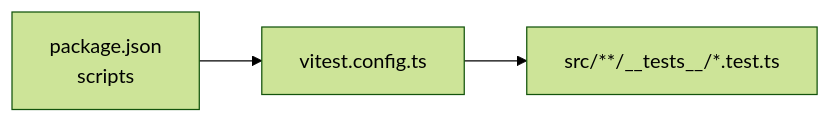
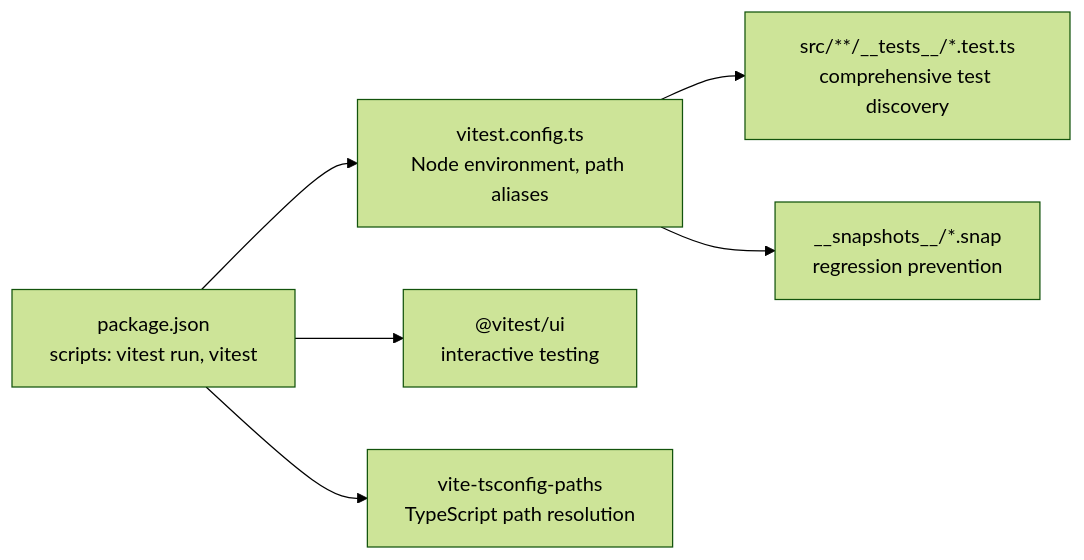
Before and after one commit to Meaetin/alibaba-hackathon: the fourth of 4 diagrams in .qoder/repowiki/en/content/Testing Strategy.md, drawn with Mermaid (forest theme). The commit also changed other lines of this file and 211 other files, not shown here.

````diff
--- a/.qoder/repowiki/en/content/Testing Strategy.md
+++ b/.qoder/repowiki/en/content/Testing Strategy.md
@@ -199,5 +253,8 @@
 ```mermaid
 graph LR
-P["package.json<br/>scripts"] --> V["vitest.config.ts"]
-V --> D["src/**/__tests__/*.test.ts"]
+P["package.json<br/>scripts: vitest run, vitest"] --> V["vitest.config.ts<br/>Node environment, path aliases"]
+V --> D["src/**/__tests__/*.test.ts<br/>comprehensive test discovery"]
+V --> S["__snapshots__/*.snap<br/>regression prevention"]
+P --> T["@vitest/ui<br/>interactive testing"]
+P --> PTA["vite-tsconfig-paths<br/>TypeScript path resolution"]
 ```
````
